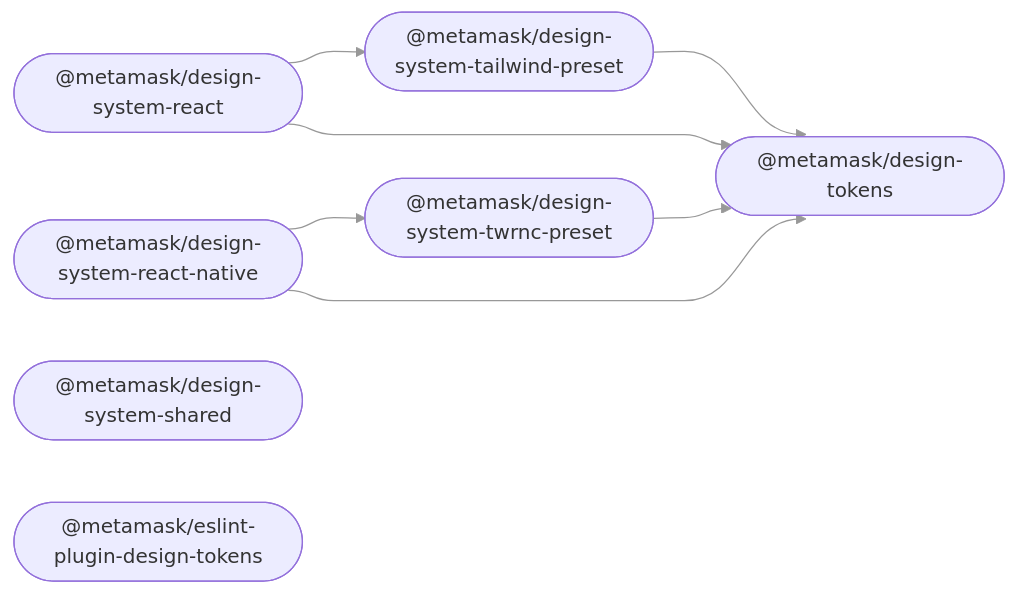
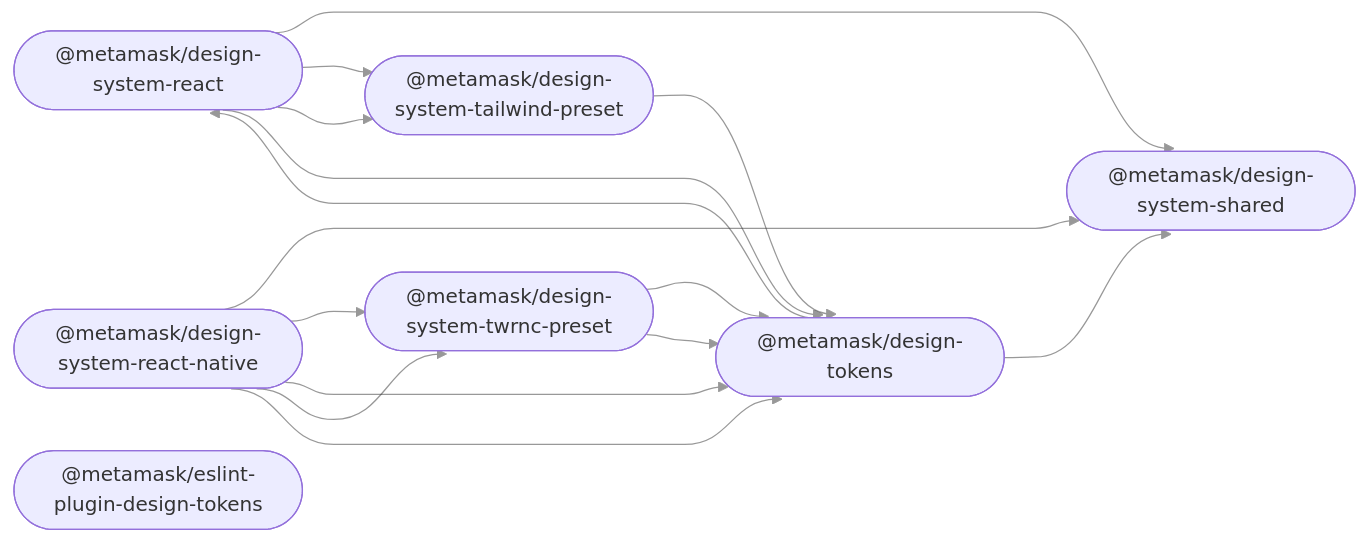
One commit to MetaMask/metamask-design-system changed the diagram in README.md. Above: the diagram before and after it, drawn with Mermaid.

First paragraph of the commit message:
docs: refresh README dependency graph edges (#1724)
<!--
Please submit this PR as draft initially.
Do not mark it as "Ready for review" until the template has been
completely filled out, and PR status checks have passed at least once.
-->

````diff
--- a/README.md
+++ b/README.md
@@ -25,18 +25,26 @@
 ```mermaid
 %%{ init: { 'flowchart': { 'curve': 'bumpX' } } }%%
 graph LR;
 linkStyle default opacity:0.5
   design_system_react(["@metamask/design-system-react"]);
   design_system_react_native(["@metamask/design-system-react-native"]);
   design_system_shared(["@metamask/design-system-shared"]);
   design_system_tailwind_preset(["@metamask/design-system-tailwind-preset"]);
   design_system_twrnc_preset(["@metamask/design-system-twrnc-preset"]);
   design_tokens(["@metamask/design-tokens"]);
   eslint_plugin_design_tokens(["@metamask/eslint-plugin-design-tokens"]);
+  design_system_react --> design_system_shared;
+  design_system_react --> design_system_tailwind_preset;
   design_system_react --> design_system_tailwind_preset;
   design_system_react --> design_tokens;
+  design_system_react_native --> design_system_shared;
+  design_system_react_native --> design_system_twrnc_preset;
+  design_system_react_native --> design_tokens;
   design_system_react_native --> design_system_twrnc_preset;
   design_system_react_native --> design_tokens;
   design_system_tailwind_preset --> design_tokens;
   design_system_twrnc_preset --> design_tokens;
+  design_system_twrnc_preset --> design_tokens;
+  design_tokens --> design_system_react;
+  design_tokens --> design_system_shared;
 ```
````
